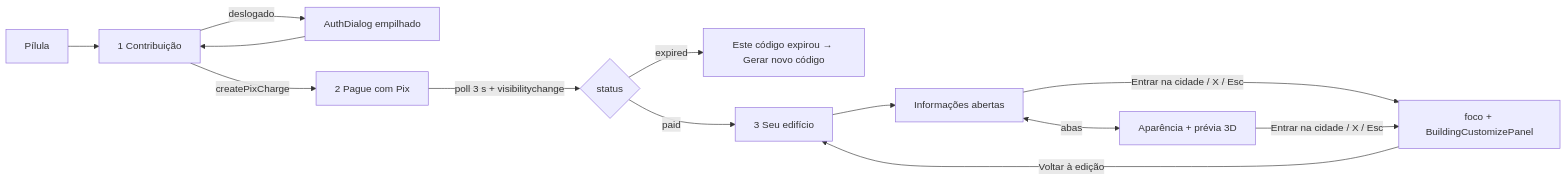
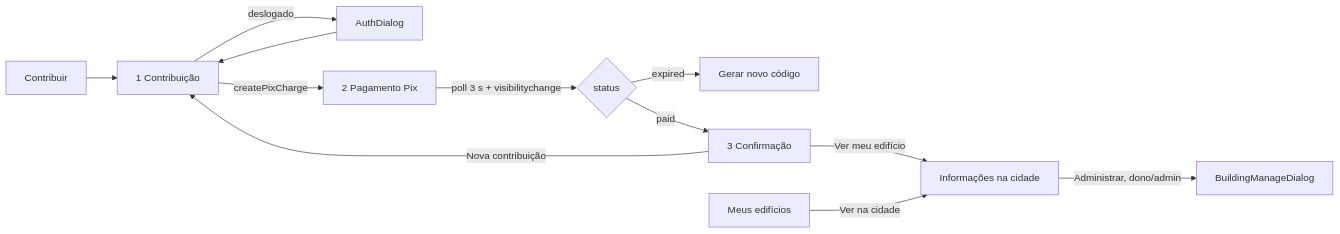
The first of 2 diagrams in doc/components/html-components.md (RaeII/cidoa), drawn with Mermaid before and after one commit. The commit also changed other lines of this file and 28 other files, not shown here.

````diff
--- a/doc/components/html-components.md
+++ b/doc/components/html-components.md
@@ -137,14 +135,13 @@
 ```mermaid
 flowchart LR
-  P[Pílula] --> F[1 Contribuição]
-  F -- deslogado --> L[AuthDialog empilhado] --> F
-  F -- createPixCharge --> Pay[2 Pague com Pix]
+  P[Contribuir] --> F[1 Contribuição]
+  F -- deslogado --> L[AuthDialog] --> F
+  F -- createPixCharge --> Pay[2 Pagamento Pix]
   Pay -- poll 3 s + visibilitychange --> S{status}
-  S -- expired --> X[Este código expirou → Gerar novo código]
-  S -- paid --> D[3 Seu edifício]
-  D --> Info[Informações abertas]
-  Info <-- abas --> Editor[Aparência + prévia 3D]
-  Info -- Entrar na cidade / X / Esc --> Fim[foco + BuildingCustomizePanel]
-  Editor -- Entrar na cidade / X / Esc --> Fim
-  Fim -- Voltar à edição --> D
+  S -- expired --> X[Gerar novo código]
+  S -- paid --> D[3 Confirmação]
+  D -- Nova contribuição --> F
+  D -- Ver meu edifício --> Card[Informações na cidade]
+  M[Meus edifícios] -- Ver na cidade --> Card
+  Card -- Administrar, dono/admin --> Editor[BuildingManageDialog]
 ```
````
